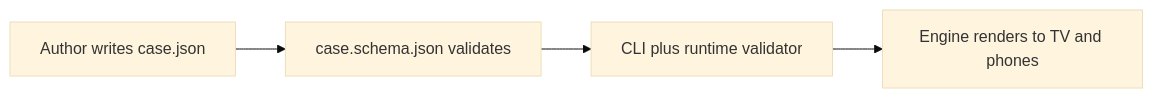
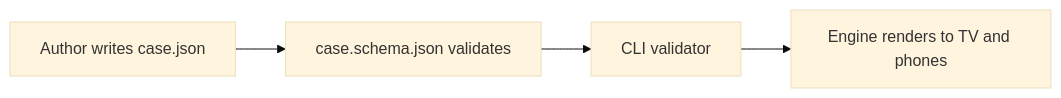
The diagram in docs/authoring-guide.md (shashankraider/PartyGame), drawn with Mermaid (base theme) before and after one commit. The commit also changed other lines of this file and 164 other files, not shown here.

````diff
--- a/docs/authoring-guide.md
+++ b/docs/authoring-guide.md
@@ -55,6 +55,6 @@
 ```mermaid
 flowchart LR
   Author[Author writes case.json] --> Schema[case.schema.json validates]
-  Schema --> Validator[CLI plus runtime validator]
+  Schema --> Validator[CLI validator]
   Validator --> Engine[Engine renders to TV and phones]
 ```
````
